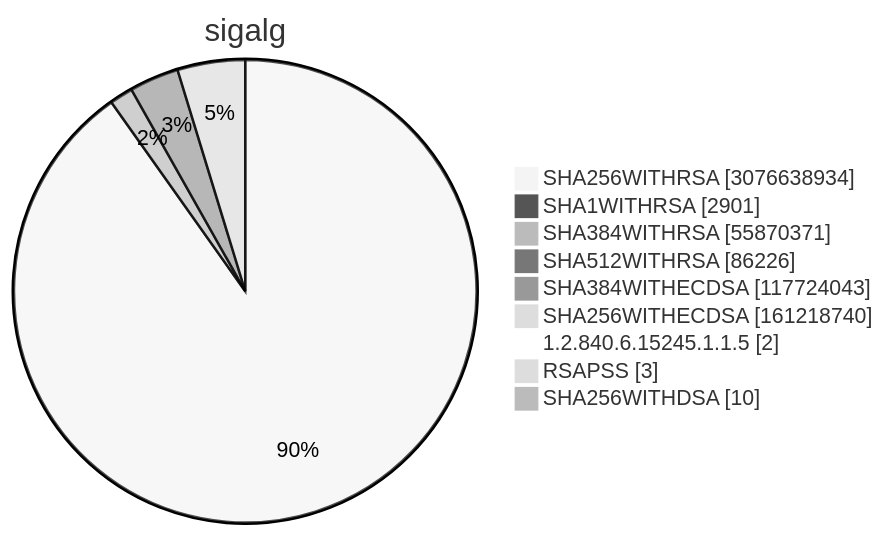
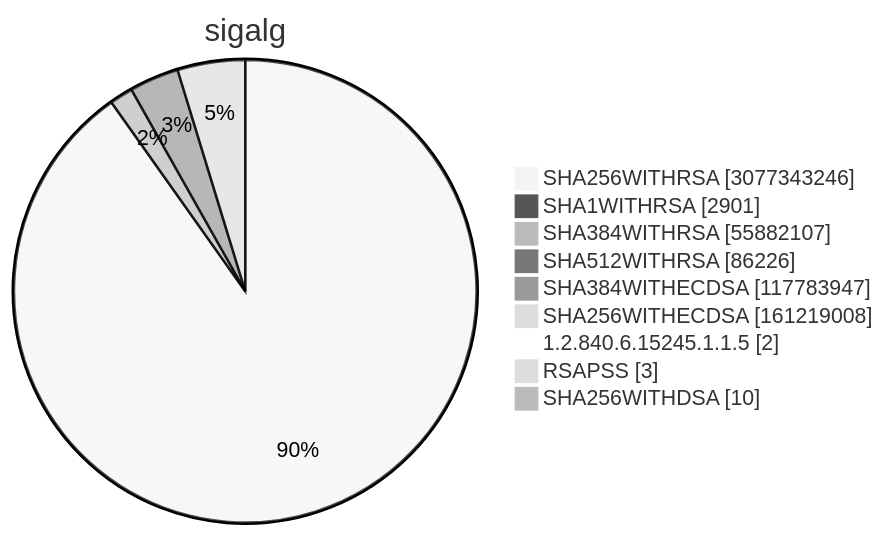
Diagram 15 of 15 in TOTAL/README.md (christiankrug/ctmonitor_visualization), drawn with Mermaid (neutral theme) before and after one commit. The commit also changed other lines of this file, not shown here.

````diff
--- a/TOTAL/README.md
+++ b/TOTAL/README.md
@@ -6209,13 +6209,13 @@
 ```mermaid
 pie showData
 title sigalg
-"SHA256WITHRSA" :3076638934
+"SHA256WITHRSA" :3077343246
 "SHA1WITHRSA" :2901
-"SHA384WITHRSA" :55870371
+"SHA384WITHRSA" :55882107
 "SHA512WITHRSA" :86226
-"SHA384WITHECDSA" :117724043
-"SHA256WITHECDSA" :161218740
+"SHA384WITHECDSA" :117783947
+"SHA256WITHECDSA" :161219008
 "1.2.840.6.15245.1.1.5" :2
 "RSAPSS" :3
 "SHA256WITHDSA" :10
 ```
````
